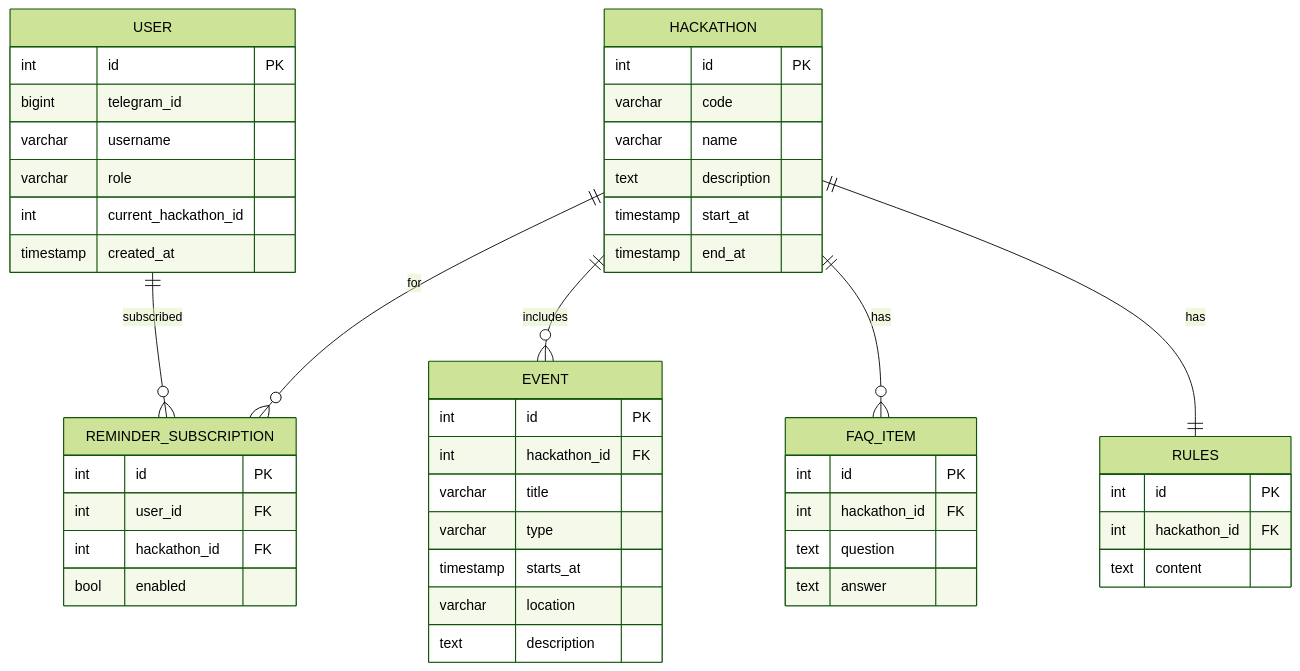
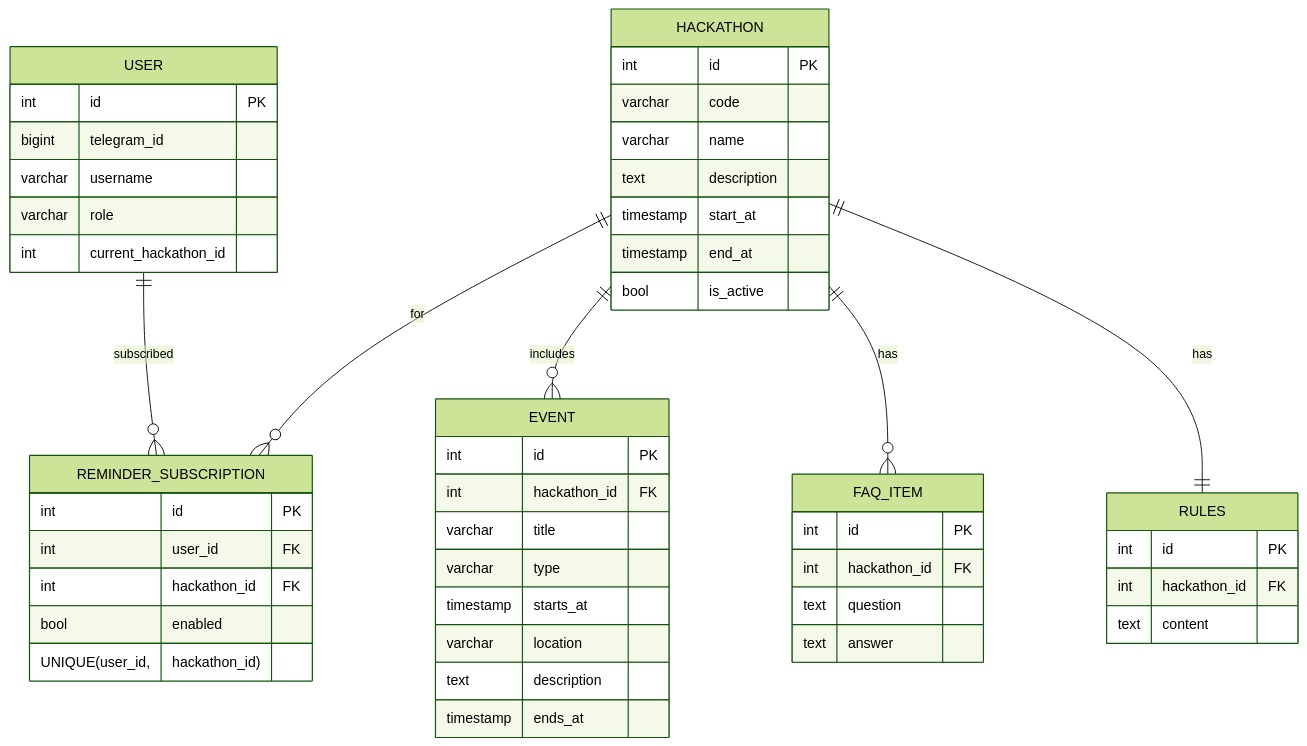
One commit to marialuganskaia/hse-python-final-project changed the fifth of 5 diagrams in final_project/Documentation.md. Above: the diagram before and after it, drawn with Mermaid (forest theme). The commit also changed other lines of this file and 1 other file, not shown here.

````diff
--- a/final_project/Documentation.md
+++ b/final_project/Documentation.md
@@ -373,56 +374,58 @@
 ```mermaid
 erDiagram
     USER {
         int id PK
         bigint telegram_id
         varchar username
         varchar role
         int current_hackathon_id
-        timestamp created_at
     }
 
     HACKATHON {
         int id PK
         varchar code
         varchar name
         text description
         timestamp start_at
         timestamp end_at
+        bool is_active
     }
 
     EVENT {
         int id PK
         int hackathon_id FK
         varchar title
         varchar type
         timestamp starts_at
         varchar location
         text description
+        timestamp ends_at
     }
 
     FAQ_ITEM {
         int id PK
         int hackathon_id FK
         text question
         text answer
     }
 
     RULES {
         int id PK
         int hackathon_id FK
         text content
     }
 
     REMINDER_SUBSCRIPTION {
         int id PK
         int user_id FK
         int hackathon_id FK
         bool enabled
+        UNIQUE(user_id, hackathon_id)
     }
 
     USER ||--o{ REMINDER_SUBSCRIPTION : "subscribed"
     HACKATHON ||--o{ EVENT : "includes"
     HACKATHON ||--o{ FAQ_ITEM : "has"
     HACKATHON ||--|| RULES : "has"
     HACKATHON ||--o{ REMINDER_SUBSCRIPTION : "for"
 ```
````
